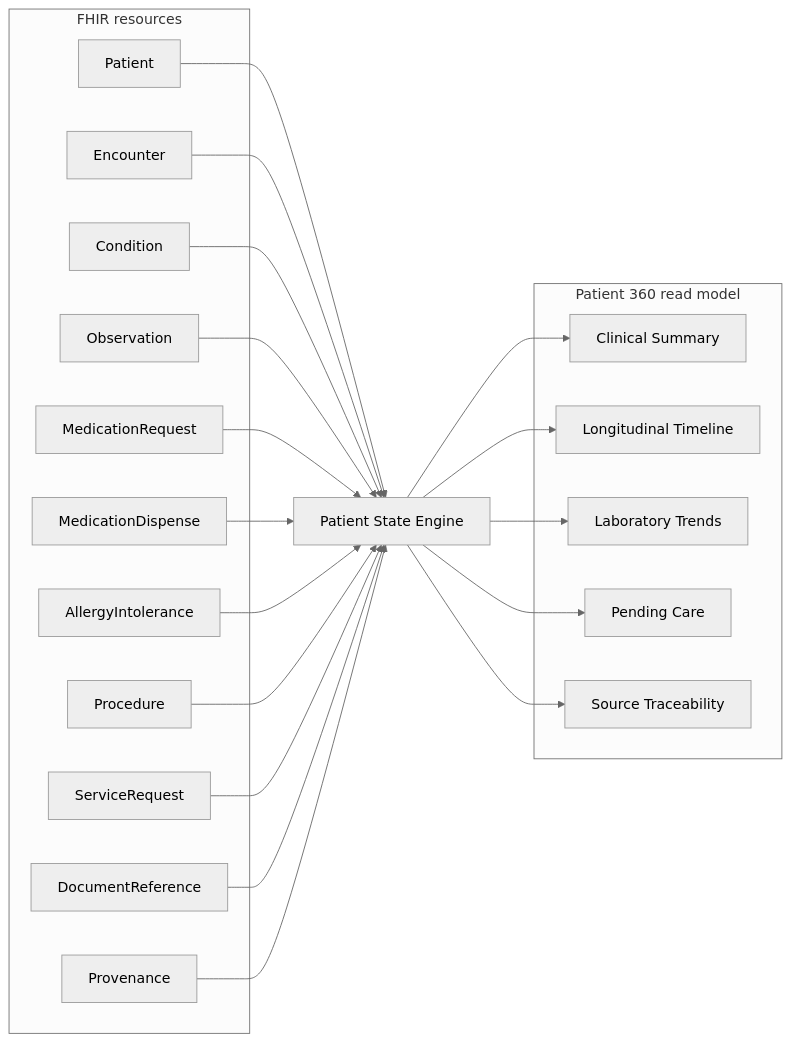
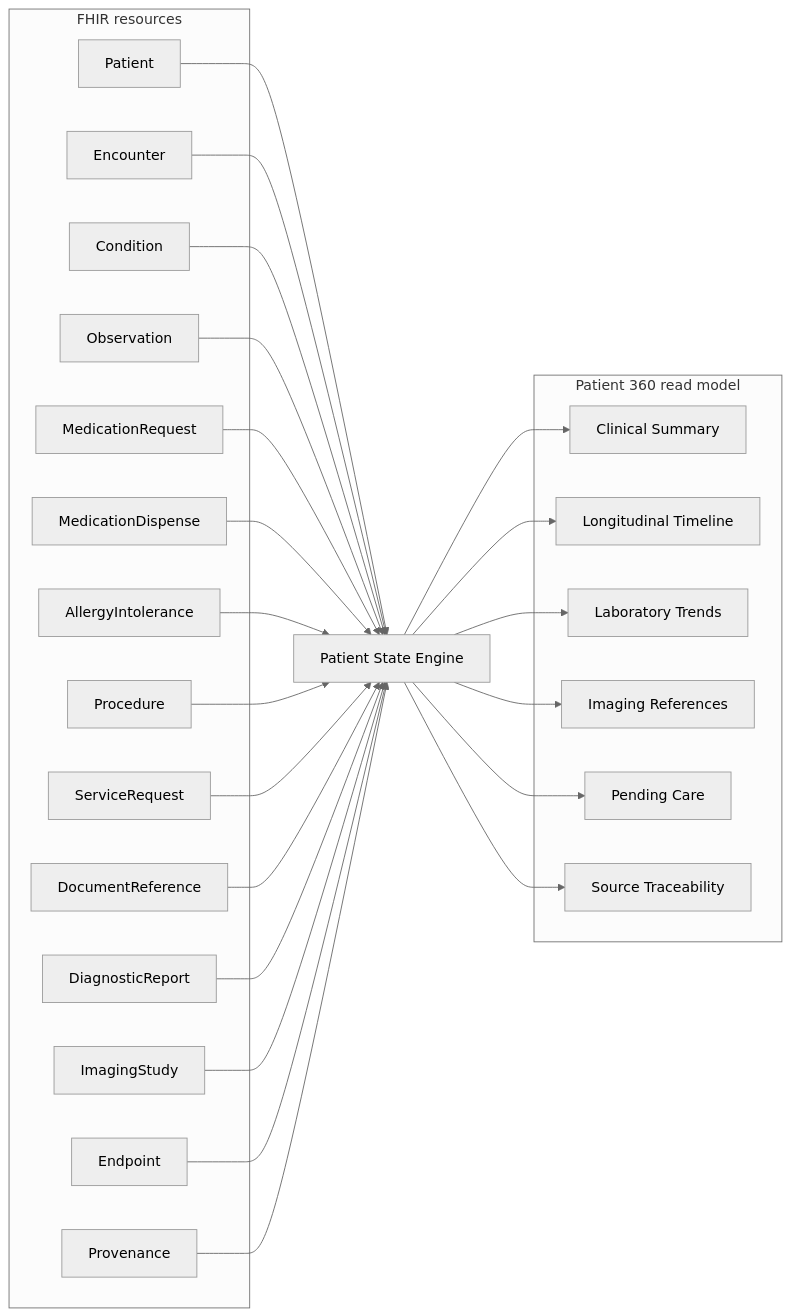
One commit to DiogoRibeiro7/sns-patient-360 changed the third of 3 diagrams in docs/data-model/fhir-scope.md. Above: the diagram before and after it, drawn with Mermaid (neutral theme). The commit also changed other lines of this file, not shown here.

Commit message:
docs: add ImagingStudy and DICOM boundary to FHIR scope

````diff
--- a/docs/data-model/fhir-scope.md
+++ b/docs/data-model/fhir-scope.md
@@ -63,44 +94,52 @@
 ```mermaid
 flowchart LR
     subgraph FHIR[FHIR resources]
         P[Patient]
         E[Encounter]
         C[Condition]
         O[Observation]
         MR[MedicationRequest]
         MD[MedicationDispense]
         AI[AllergyIntolerance]
         PR[Procedure]
         SR[ServiceRequest]
         DR[DocumentReference]
+        RP[DiagnosticReport]
+        IS[ImagingStudy]
+        EP[Endpoint]
         PV[Provenance]
     end
 
     ENGINE[Patient State Engine]
 
     subgraph READ[Patient 360 read model]
         SUMMARY[Clinical Summary]
         TL[Longitudinal Timeline]
         LAB[Laboratory Trends]
+        IMAGE[Imaging References]
         CARE[Pending Care]
         TRACE[Source Traceability]
     end
 
     P --> ENGINE
     E --> ENGINE
     C --> ENGINE
     O --> ENGINE
     MR --> ENGINE
     MD --> ENGINE
     AI --> ENGINE
     PR --> ENGINE
     SR --> ENGINE
     DR --> ENGINE
+    RP --> ENGINE
+    IS --> ENGINE
+    EP --> ENGINE
     PV --> ENGINE
 
     ENGINE --> SUMMARY
     ENGINE --> TL
     ENGINE --> LAB
+    ENGINE --> IMAGE
     ENGINE --> CARE
     ENGINE --> TRACE
 ```
````
